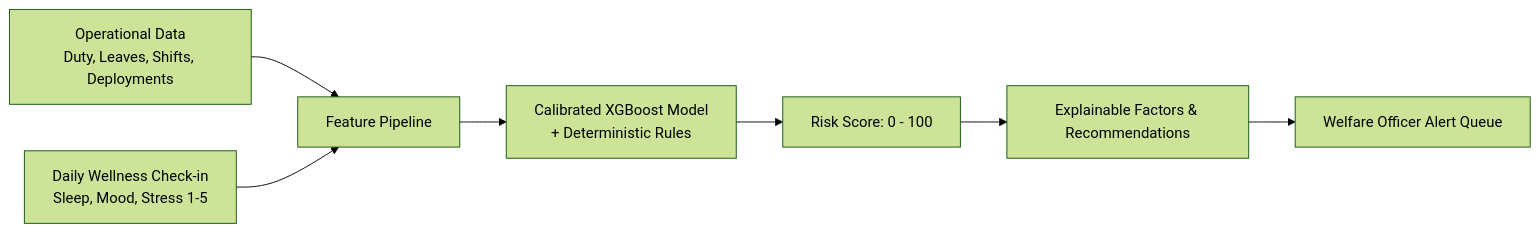
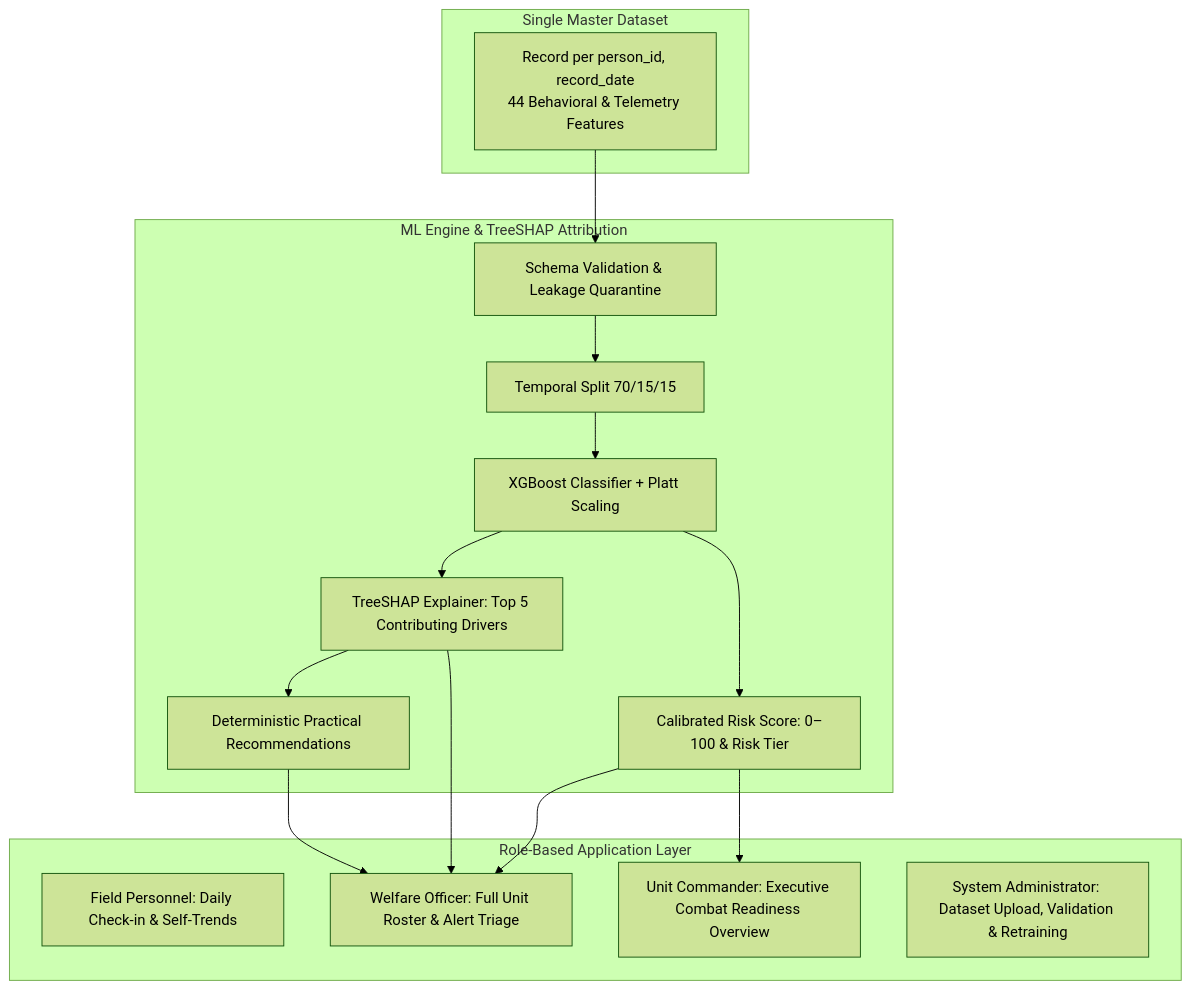
Before and after one commit to heyvarchas/hashItUp: the diagram in PROJECT_OVERVIEW.md, drawn with Mermaid (forest theme). The commit also changed other lines of this file, not shown here.

Commit message:
project overview

````diff
--- a/PROJECT_OVERVIEW.md
+++ b/PROJECT_OVERVIEW.md
@@ -11,9 +11,26 @@
 ```mermaid
-flowchart LR
-    A[Operational Data<br/>Duty, Leaves, Shifts, Deployments] --> C[Feature Pipeline]
-    B[Daily Wellness Check-in<br/>Sleep, Mood, Stress 1-5] --> C
-    C --> D[Calibrated XGBoost Model<br/>+ Deterministic Rules]
-    D --> E[Risk Score: 0 - 100]
-    E --> F[Explainable Factors & Recommendations]
-    F --> G[Welfare Officer Alert Queue]
+flowchart TD
+    subgraph S1[Single Master Dataset]
+        D[Record per person_id, record_date<br/>44 Behavioral & Telemetry Features]
+    end
+
+    subgraph S2[ML Engine & TreeSHAP Attribution]
+        V[Schema Validation & Leakage Quarantine] --> T[Temporal Split 70/15/15]
+        T --> M[XGBoost Classifier + Platt Scaling]
+        M --> P[Calibrated Risk Score: 0–100 & Risk Tier]
+        M --> S[TreeSHAP Explainer: Top 5 Contributing Drivers]
+        S --> R[Deterministic Practical Recommendations]
+    end
+
+    subgraph S3[Role-Based Application Layer]
+        U1[Field Personnel: Daily Check-in & Self-Trends]
+        U2[Welfare Officer: Full Unit Roster & Alert Triage]
+        U3[Unit Commander: Executive Combat Readiness Overview]
+        U4[System Administrator: Dataset Upload, Validation & Retraining]
+    end
+
+    D --> V
+    P --> U2 & U3
+    S --> U2
+    R --> U2
 ```
````
